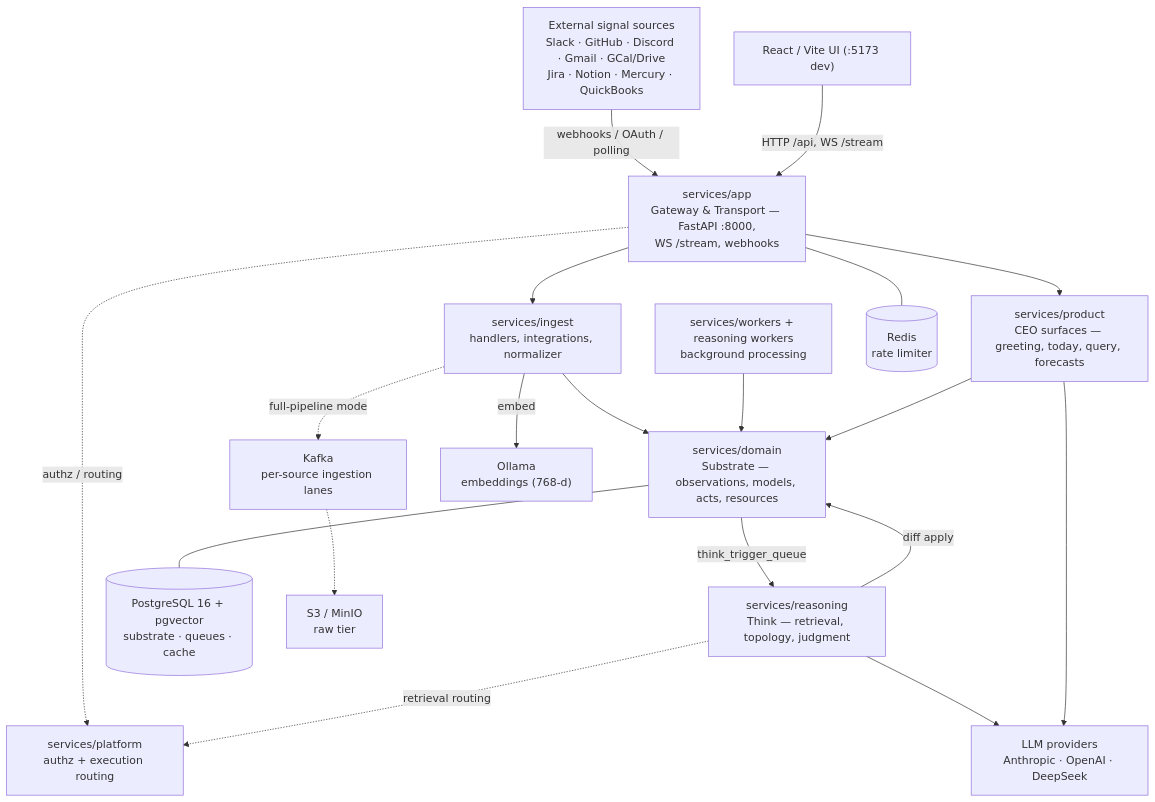
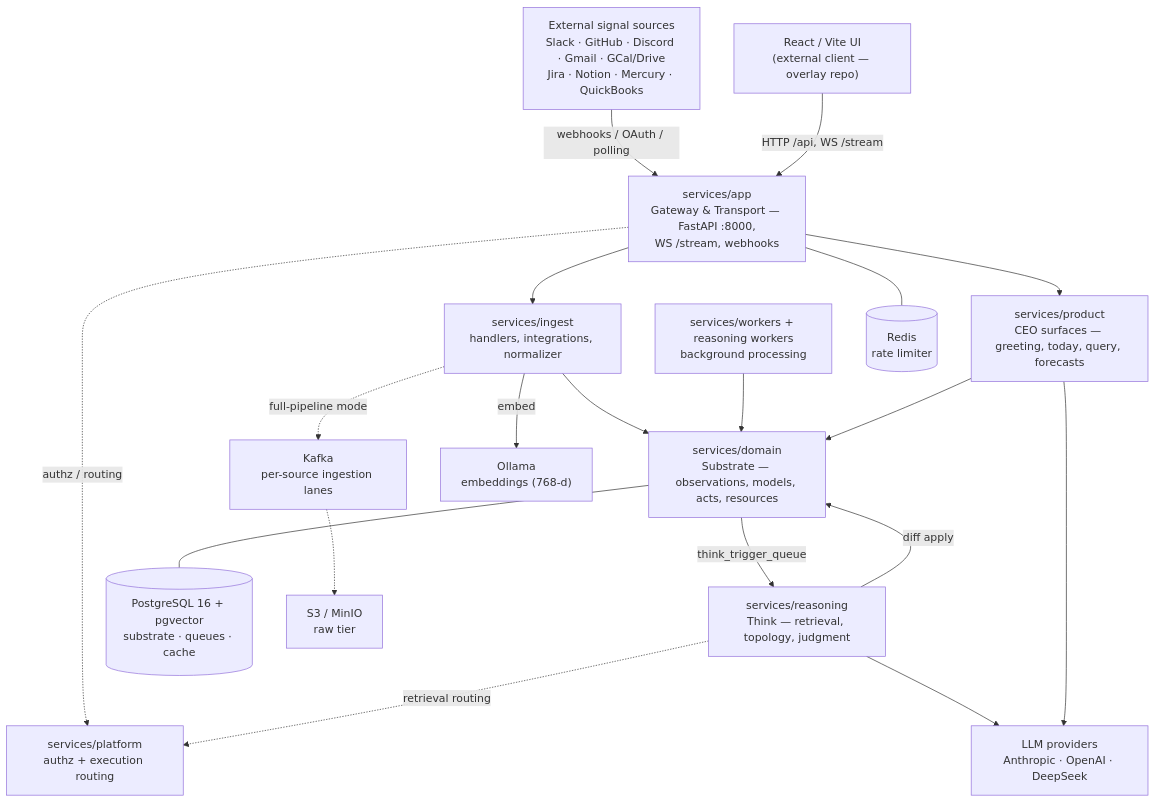
The second of 13 diagrams in FYRALIS.md (Fyralisinc/fyraliscore), drawn with Mermaid before and after one commit. The commit also changed other lines of this file and 356 other files, not shown here.

````diff
--- a/FYRALIS.md
+++ b/FYRALIS.md
@@ -190,38 +191,38 @@
 ```mermaid
 graph TD
     SRC["External signal sources<br/>Slack · GitHub · Discord · Gmail · GCal/Drive<br/>Jira · Notion · Mercury · QuickBooks"]
-    UI["React / Vite UI (:5173 dev)"]
+    UI["React / Vite UI<br/>(external client — overlay repo)"]
     GW["services/app<br/>Gateway & Transport — FastAPI :8000,<br/>WS /stream, webhooks"]
     INGEST["services/ingest<br/>handlers, integrations, normalizer"]
     DOMAIN["services/domain<br/>Substrate — observations, models, acts, resources"]
     REASON["services/reasoning<br/>Think — retrieval, topology, judgment"]
     PRODUCT["services/product<br/>CEO surfaces — greeting, today, query, forecasts"]
     WORKERS["services/workers + reasoning workers<br/>background processing"]
     PLATFORM["services/platform<br/>authz + execution routing"]
 
     PG[("PostgreSQL 16 + pgvector<br/>substrate · queues · cache")]
     KAFKA["Kafka<br/>per-source ingestion lanes"]
     S3["S3 / MinIO<br/>raw tier"]
     REDIS[("Redis<br/>rate limiter")]
     OLLAMA["Ollama<br/>embeddings (768-d)"]
     LLM["LLM providers<br/>Anthropic · OpenAI · DeepSeek"]
 
     SRC -->|"webhooks / OAuth / polling"| GW
     UI -->|"HTTP /api, WS /stream"| GW
     GW --> INGEST
     INGEST --> DOMAIN
     DOMAIN -->|"think_trigger_queue"| REASON
     REASON -->|"diff apply"| DOMAIN
     WORKERS --> DOMAIN
     GW --> PRODUCT
     PRODUCT --> DOMAIN
     GW -. "authz / routing" .-> PLATFORM
     REASON -. "retrieval routing" .-> PLATFORM
     DOMAIN --- PG
     INGEST -. "full-pipeline mode" .-> KAFKA
     KAFKA -.-> S3
     GW --- REDIS
     INGEST -->|"embed"| OLLAMA
     REASON --> LLM
     PRODUCT --> LLM
 ```
````
